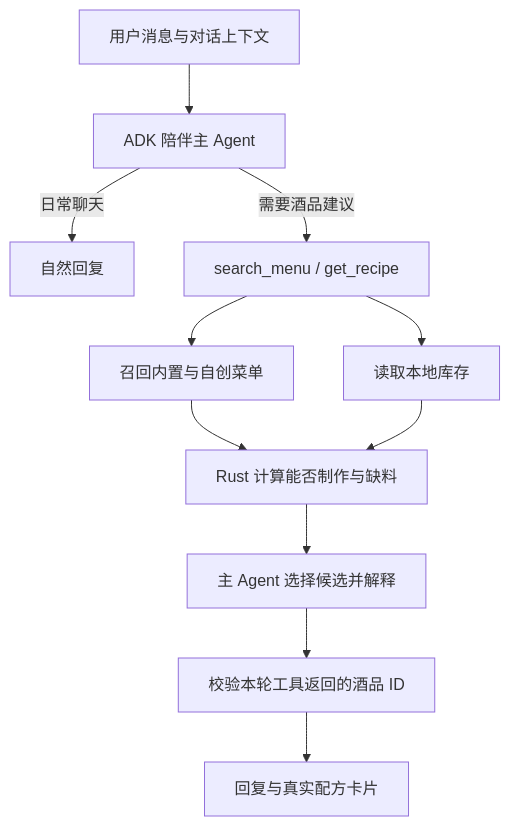
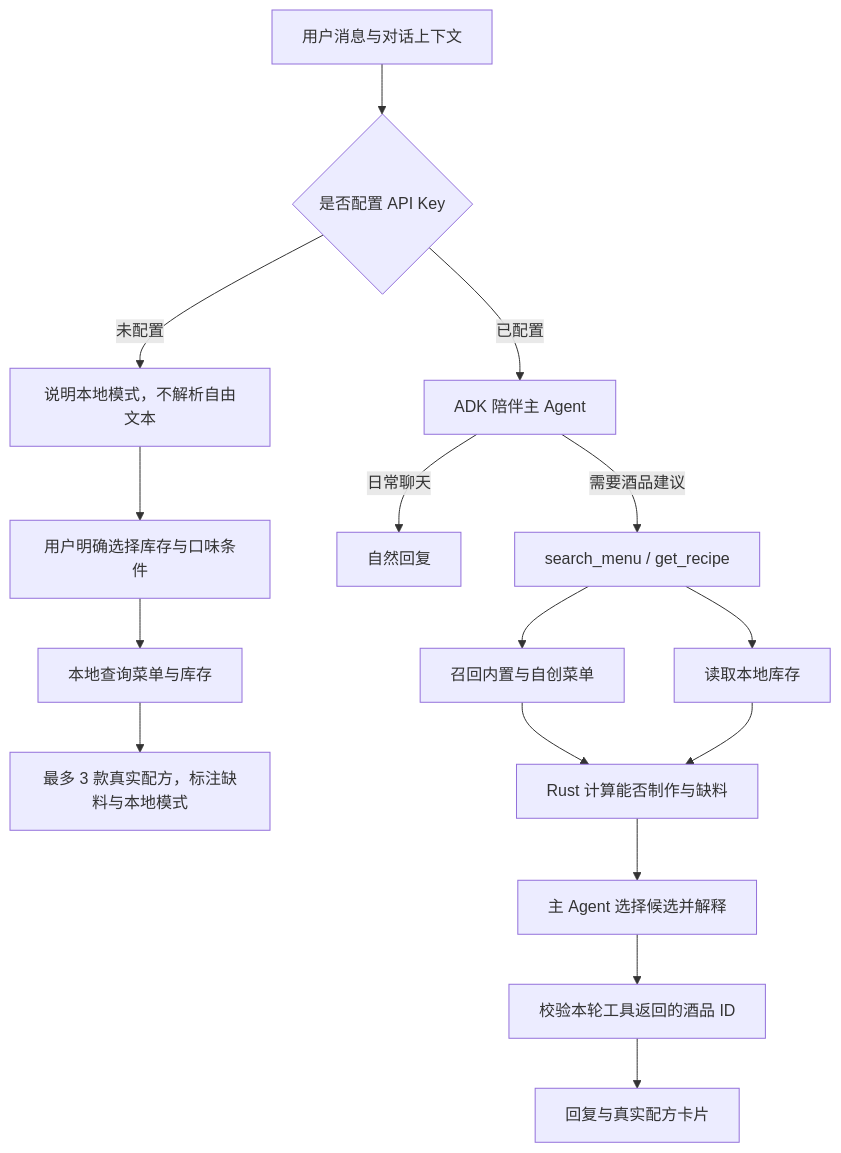
The diagram in README.md (Yangmengy/drink), drawn with Mermaid before and after one commit. The commit also changed other lines of this file and 18 other files, not shown here.

Commit message:
feat: add local menu fallback without model API

````diff
--- a/README.md
+++ b/README.md
@@ -14,13 +14,18 @@
 ```mermaid
 flowchart TD
-  Message[用户消息与对话上下文] --> Companion[ADK 陪伴主 Agent]
+  Message[用户消息与对话上下文] --> Config{是否配置 API Key}
+  Config -->|已配置| Companion[ADK 陪伴主 Agent]
+  Config -->|未配置| LocalNotice[说明本地模式，不解析自由文本]
+  LocalNotice --> LocalQuery[用户明确选择库存与口味条件]
+  LocalQuery --> LocalMenu[本地查询菜单与库存]
+  LocalMenu --> LocalResult[最多 3 款真实配方，标注缺料与本地模式]
   Companion -->|日常聊天| Reply[自然回复]
   Companion -->|需要酒品建议| Tool[search_menu / get_recipe]
   Tool --> Menu[召回内置与自创菜单]
   Tool --> Inventory[读取本地库存]
   Menu --> Facts[Rust 计算能否制作与缺料]
   Inventory --> Facts
   Facts --> Choose[主 Agent 选择候选并解释]
   Choose --> Validate[校验本轮工具返回的酒品 ID]
   Validate --> Cards[回复与真实配方卡片]
 ```
````
